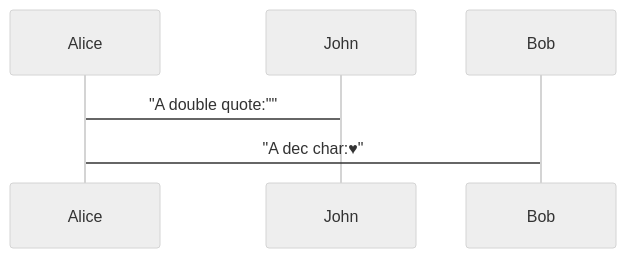
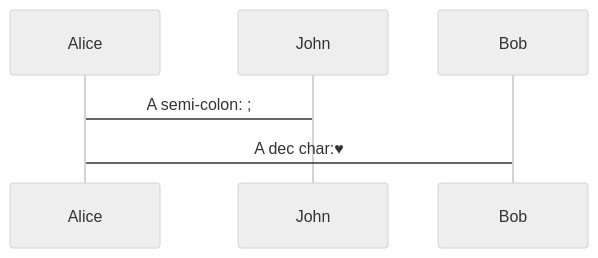
One commit to kbjorklid/claude-doctools-marketplace changed the second of 3 diagrams in plugins/mermaid-diagrams/skills/mermaid/GENERAL_GUIDELINES.md. Above: the diagram before and after it, drawn with Mermaid (neutral theme). The commit also changed other lines of this file, not shown here.

Commit message:
Fix general guidelines for the mermaid skill

````diff
--- a/plugins/mermaid-diagrams/skills/mermaid/GENERAL_GUIDELINES.md
+++ b/plugins/mermaid-diagrams/skills/mermaid/GENERAL_GUIDELINES.md
@@ -38,5 +38,5 @@
 ```mermaid
 sequenceDiagram
-    Alice->John: "A double quote:#quot;"
-    Alice->Bob: "A dec char:#9829;"
+    Alice->John: A semi-colon: #59;
+    Alice->Bob: A dec char:#9829;
 ```
````
